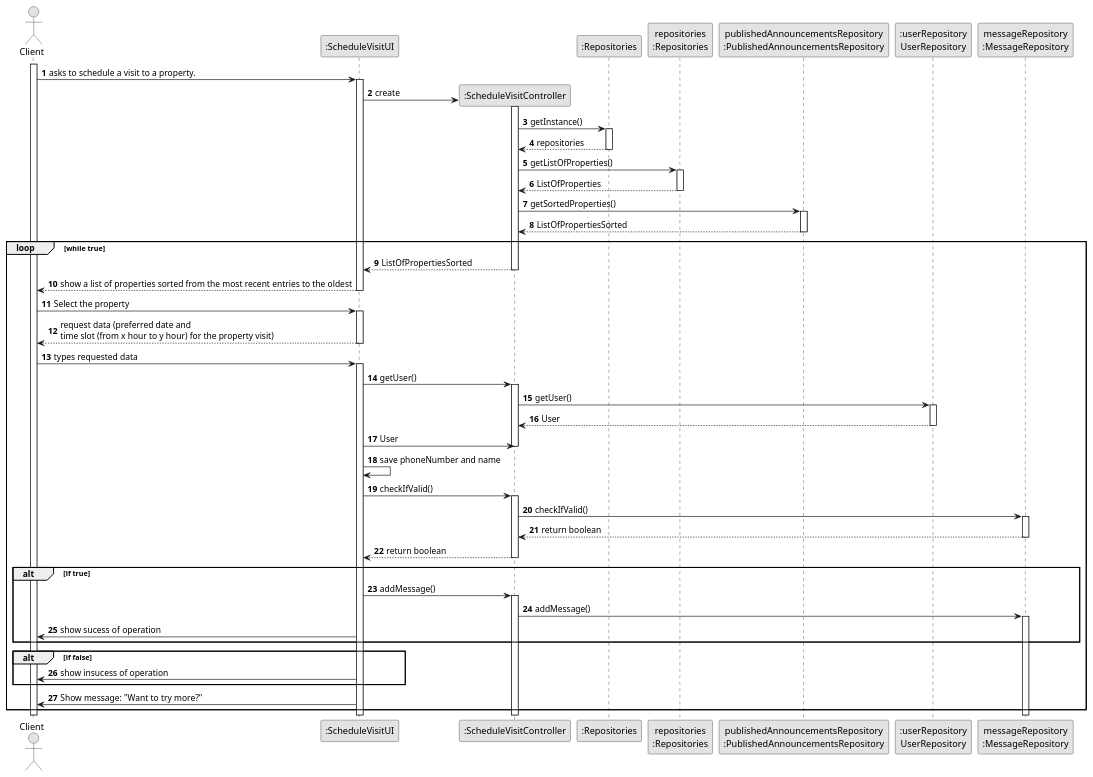
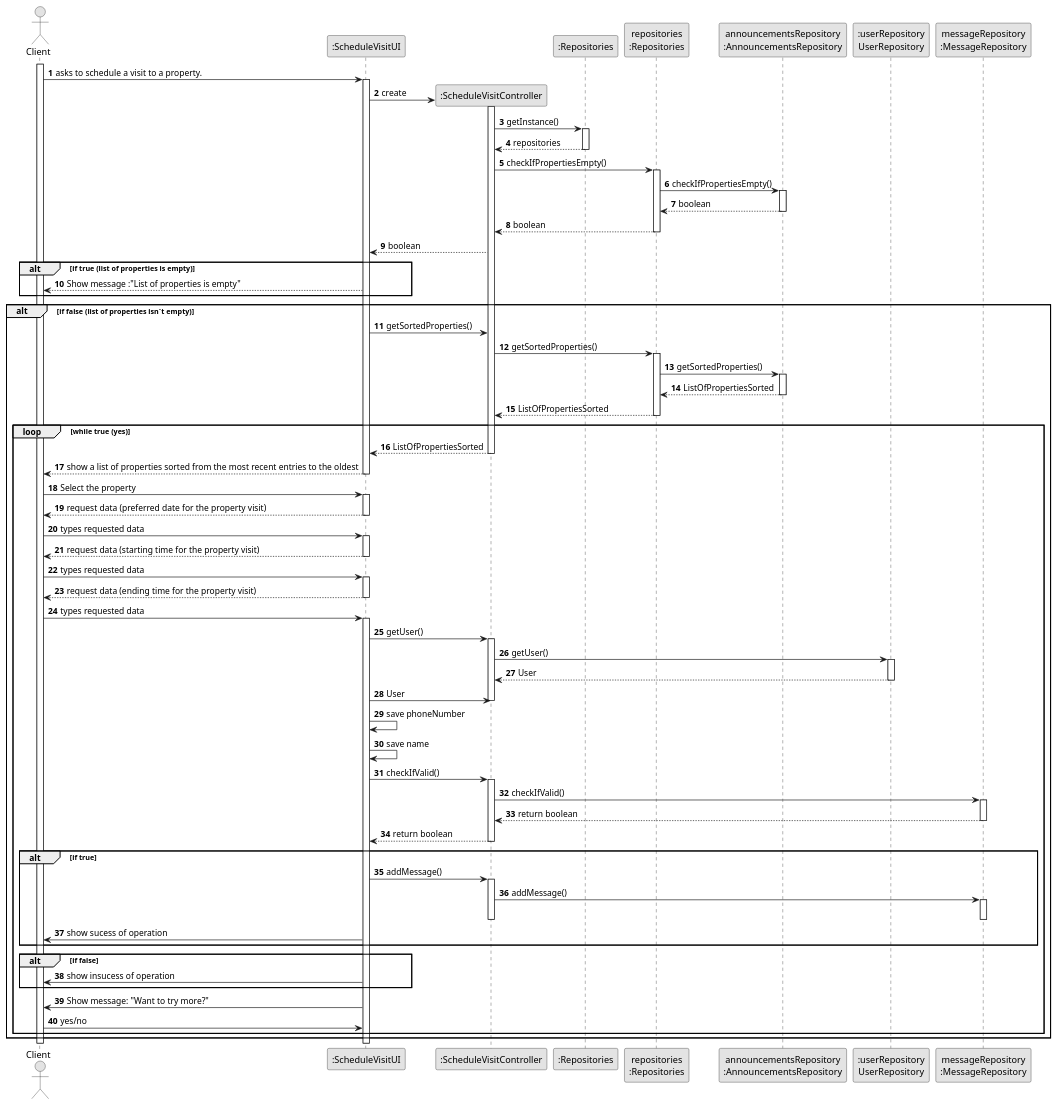
Before and after one commit to 1220812/LAPR2: the diagram in docs/sprintC/us009/03.design/puml/us009-sequence-diagram-full.puml, drawn with PlantUML. The commit also changed 2 other files, not shown here.

Commit message:
US009 domain model, sequnece diagram and system sequence diagram

```diff
--- a/docs/sprintC/us009/03.design/puml/us009-sequence-diagram-full.puml
+++ b/docs/sprintC/us009/03.design/puml/us009-sequence-diagram-full.puml
@@ -1,127 +1,180 @@
 @startuml
 skinparam monochrome true
 skinparam packageStyle rectangle
 skinparam shadowing false
 
 autonumber
 
 'hide footbox
 actor "Client" as User
 participant ":ScheduleVisitUI" as System
 participant ":ScheduleVisitController" as Controller
 participant ":Repositories" as RepositorySingleton
 participant "repositories\n:Repositories" as repositories
-participant "publishedAnnouncementsRepository\n:PublishedAnnouncementsRepository" as PropertyRepository
+participant "announcementsRepository\n:AnnouncementsRepository" as AnnoucementRepository
 participant ":userRepository\nUserRepository" as UserRepository
 participant "messageRepository\n:MessageRepository" as Message
 
 
 
 activate User
 
 
 User->System: asks to schedule a visit to a property.
 activate System
 
 
 System->Controller**: create
 
 activate Controller
 
 Controller->RepositorySingleton: getInstance()
 activate RepositorySingleton
 
 RepositorySingleton-->Controller: repositories
 deactivate RepositorySingleton
 
-Controller -> repositories : getListOfProperties()
+
+Controller -> repositories : checkIfPropertiesEmpty()
 activate repositories
 
-repositories --> Controller: ListOfProperties
+repositories -> AnnoucementRepository : checkIfPropertiesEmpty()
+activate AnnoucementRepository
+
+AnnoucementRepository --> repositories : boolean
+deactivate AnnoucementRepository
+
+repositories --> Controller : boolean
 deactivate repositories
 
-Controller -> PropertyRepository : getSortedProperties()
-activate PropertyRepository
+Controller --> System : boolean
 
-PropertyRepository --> Controller : ListOfPropertiesSorted
-deactivate PropertyRepository
-loop while true
+alt if true (list of properties is empty)
+System --> User : Show message :"List of properties is empty"
+
+end
+alt if false (list of properties isn´t empty)
+
+System -> Controller : getSortedProperties()
+
+
+
+
+
+
+
+Controller -> repositories : getSortedProperties()
+activate repositories
+
+repositories -> AnnoucementRepository : getSortedProperties()
+activate AnnoucementRepository
+
+AnnoucementRepository --> repositories : ListOfPropertiesSorted
+deactivate AnnoucementRepository
+
+repositories --> Controller : ListOfPropertiesSorted
+deactivate repositories
+
+
+
+loop while true (yes)
 
 Controller --> System : ListOfPropertiesSorted
 
 
 
 
 
 deactivate Controller
 
 System --> User : show a list of properties sorted from the most recent entries to the oldest
 deactivate System
 
 
 
 User -> System : Select the property
 activate System
 
-System --> User : request data (preferred date and \ntime slot (from x hour to y hour) for the property visit)
+System --> User : request data (preferred date for the property visit)
 deactivate System
 
 User -> System : types requested data
 activate System
+
+System --> User : request data (starting time for the property visit)
+deactivate System
+
+User -> System : types requested data
+activate System
+
+
+System --> User : request data (ending time for the property visit)
+deactivate System
+
+User -> System : types requested data
+activate System
+
 
 
 System -> Controller: getUser()
 activate Controller
 
 Controller -> UserRepository: getUser()
 activate UserRepository
 
 UserRepository --> Controller: User
 deactivate UserRepository
 
 System->Controller: User
 deactivate Controller
 
-System -> System : save phoneNumber and name
+System -> System : save phoneNumber
+System -> System : save name
+
 
 System -> Controller : checkIfValid()
 activate Controller
 
 Controller -> Message : checkIfValid()
 activate Message
 
 Message --> Controller: return boolean
 deactivate Message
 
 Controller --> System: return boolean
 deactivate Controller
 
 
 alt if true
 
 System -> Controller: addMessage()
 activate Controller
 
 Controller -> Message: addMessage()
 activate Message
 
+deactivate Message
+deactivate Controller
 
 System -> User: show sucess of operation
 
 end
 alt if false
 
 
 
 
 System -> User: show insucess of operation
 
 
 end
 
 System -> User: Show message: "Want to try more?"
+
+User -> System : yes/no
+end
 end
 
 
 
 @enduml
```
